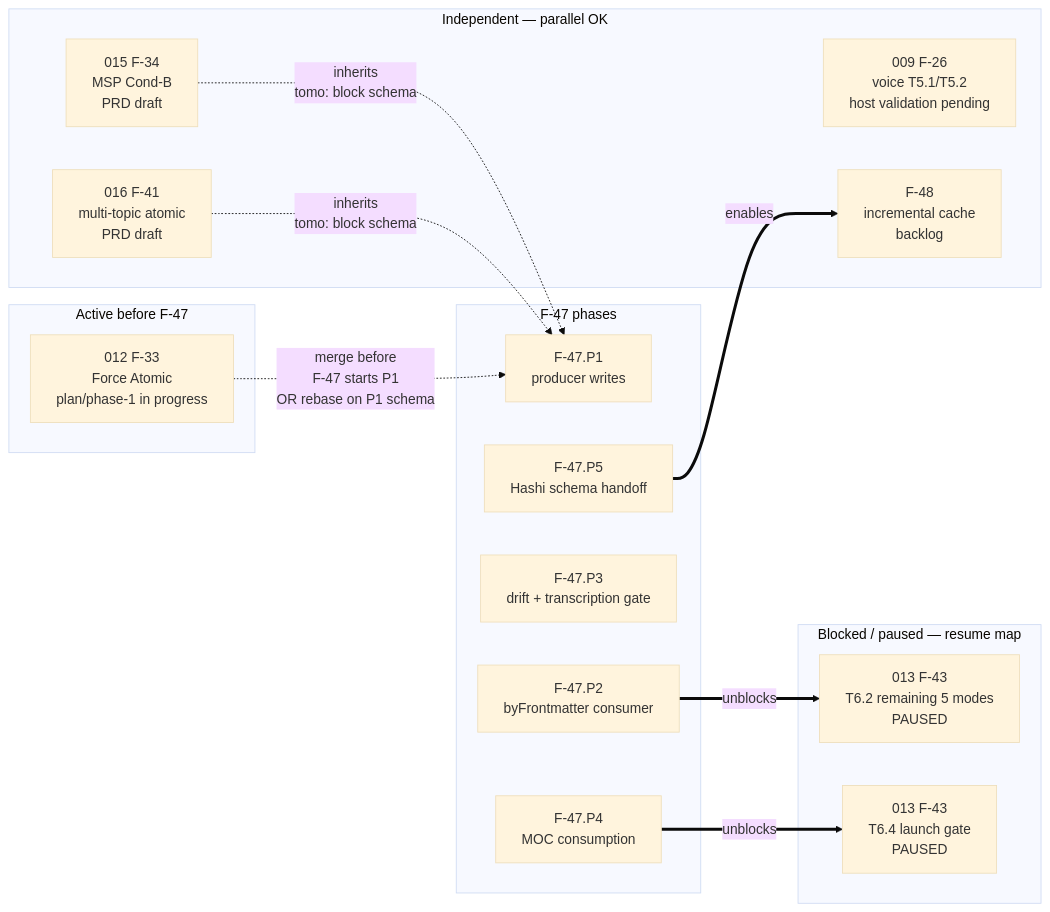
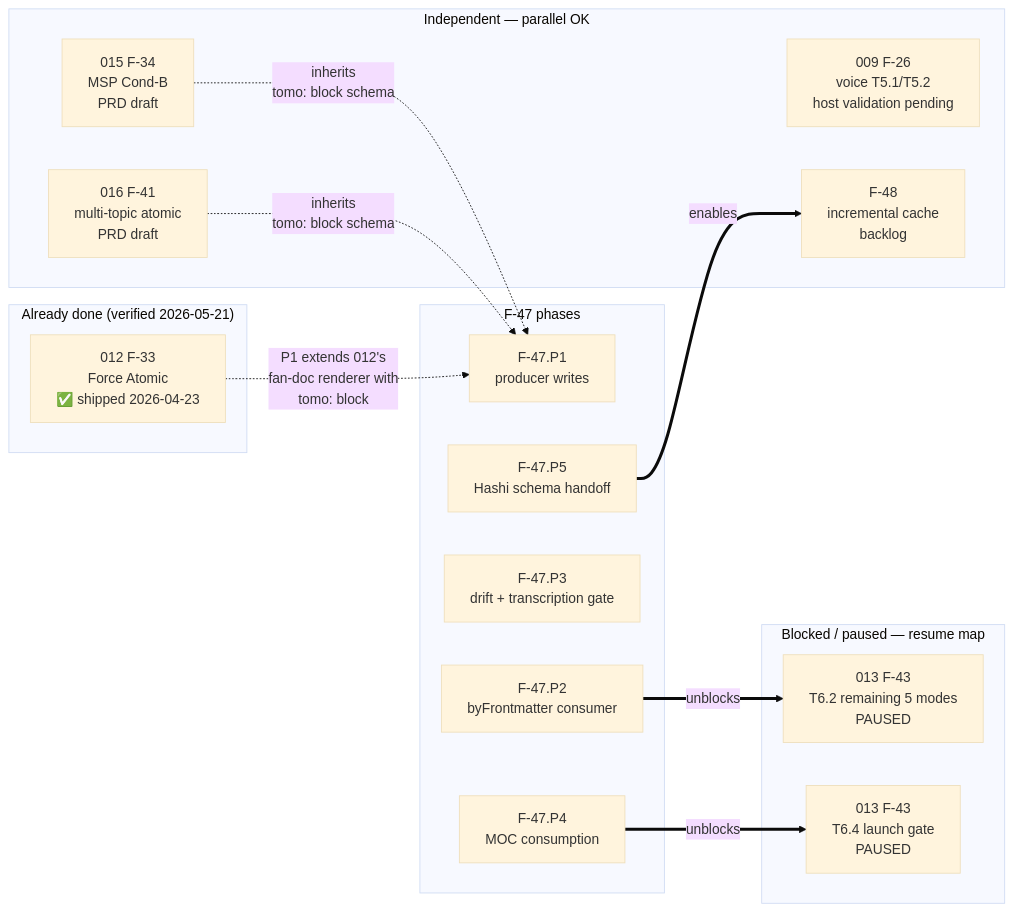
One commit to MMoMM-org/miyo-tomo changed the fourth of 4 diagrams in docs/XDD/specs/017-tomo-lifecycle-tags/solution.md. Above: the diagram before and after it, drawn with Mermaid (base theme). The commit also changed other lines of this file and 2 other files, not shown here.

````diff
--- a/docs/XDD/specs/017-tomo-lifecycle-tags/solution.md
+++ b/docs/XDD/specs/017-tomo-lifecycle-tags/solution.md
@@ -910,33 +920,33 @@
 ```mermaid
 graph LR
-    subgraph "Active before F-47"
-        S012[012 F-33<br/>Force Atomic<br/>plan/phase-1 in progress]
+    subgraph "Already done (verified 2026-05-21)"
+        S012[012 F-33<br/>Force Atomic<br/>✅ shipped 2026-04-23]
     end
 
     subgraph "F-47 phases"
         P1[F-47.P1<br/>producer writes]
         P2[F-47.P2<br/>byFrontmatter consumer]
         P3[F-47.P3<br/>drift + transcription gate]
         P4[F-47.P4<br/>MOC consumption]
         P5[F-47.P5<br/>Hashi schema handoff]
     end
 
     subgraph "Blocked / paused — resume map"
         S013_T62[013 F-43<br/>T6.2 remaining 5 modes<br/>PAUSED]
         S013_T64[013 F-43<br/>T6.4 launch gate<br/>PAUSED]
     end
 
     subgraph "Independent — parallel OK"
         S009[009 F-26<br/>voice T5.1/T5.2<br/>host validation pending]
         S015[015 F-34<br/>MSP Cond-B<br/>PRD draft]
         S016[016 F-41<br/>multi-topic atomic<br/>PRD draft]
         S048[F-48<br/>incremental cache<br/>backlog]
     end
 
-    S012 -.->|merge before<br/>F-47 starts P1<br/>OR rebase on P1 schema| P1
+    S012 -.->|P1 extends 012's<br/>fan-doc renderer with<br/>tomo: block| P1
     P2 ==>|unblocks| S013_T62
     P4 ==>|unblocks| S013_T64
     P5 ==>|enables| S048
     S015 -.->|inherits<br/>tomo: block schema| P1
     S016 -.->|inherits<br/>tomo: block schema| P1
 ```
````
